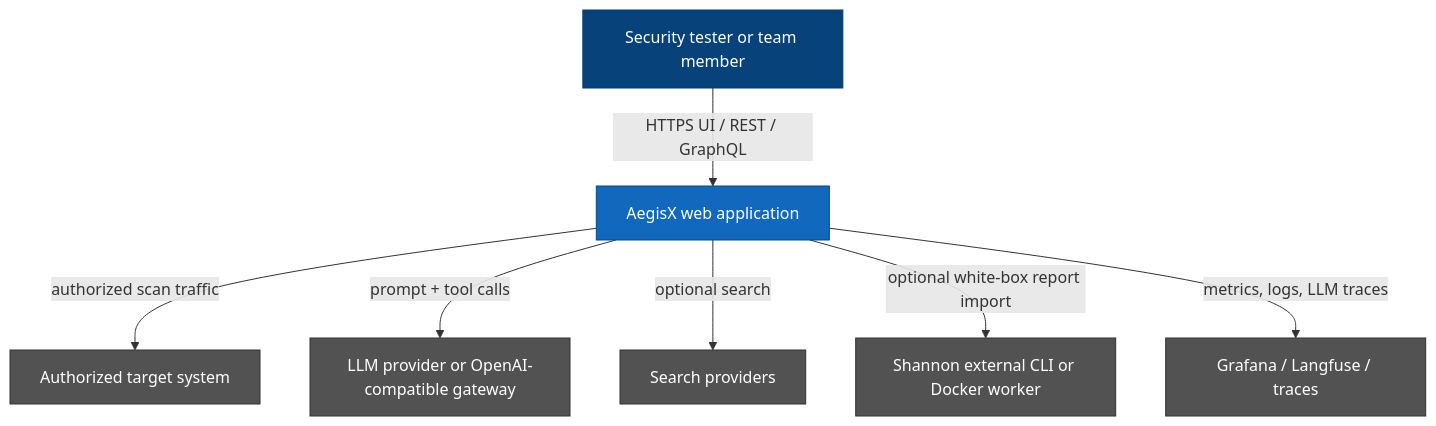
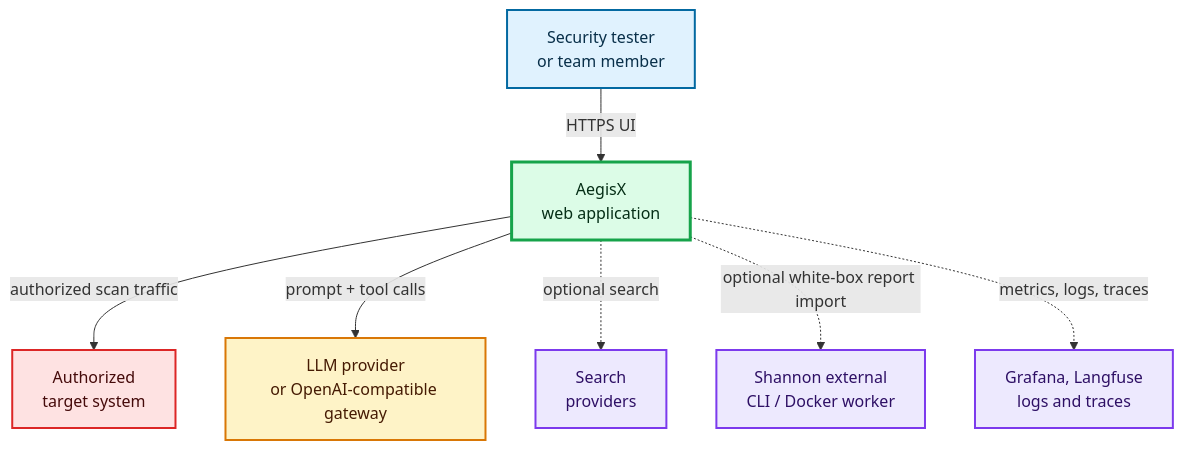
One commit to 2026OpenSourceSW/AegisX changed the first of 2 diagrams in README.md. Above: the diagram before and after it, drawn with Mermaid. The commit also changed other lines of this file, not shown here.

First line of the commit message:
docs(readme): improve architecture diagram readability

````diff
--- a/README.md
+++ b/README.md
@@ -97,25 +97,29 @@
 ```mermaid
 flowchart TB
-    classDef user fill:#08427b,stroke:#073b6f,color:#fff
-    classDef aegis fill:#1168bd,stroke:#0b4884,color:#fff
-    classDef external fill:#525252,stroke:#333,color:#fff
+    classDef userNode fill:#e0f2fe,stroke:#0369a1,stroke-width:2px,color:#082f49
+    classDef appNode fill:#dcfce7,stroke:#16a34a,stroke-width:3px,color:#052e16
+    classDef targetNode fill:#fee2e2,stroke:#dc2626,stroke-width:2px,color:#450a0a
+    classDef provider fill:#fef3c7,stroke:#d97706,stroke-width:2px,color:#451a03
+    classDef optional fill:#ede9fe,stroke:#7c3aed,stroke-width:2px,color:#2e1065
 
-    user["Security tester or team member"]
-    aegisx["AegisX web application"]
-    target["Authorized target system"]
-    llm["LLM provider or OpenAI-compatible gateway"]
-    search["Search providers"]
-    shannon["Shannon external CLI or Docker worker"]
-    observability["Grafana / Langfuse / traces"]
+    user["Security tester<br/>or team member"]
+    app["AegisX<br/>web application"]
+    target["Authorized<br/>target system"]
+    llm["LLM provider<br/>or OpenAI-compatible gateway"]
+    search["Search<br/>providers"]
+    shannon["Shannon external<br/>CLI / Docker worker"]
+    observability["Grafana, Langfuse<br/>logs and traces"]
 
-    user -->|"HTTPS UI / REST / GraphQL"| aegisx
-    aegisx -->|"authorized scan traffic"| target
-    aegisx -->|"prompt + tool calls"| llm
-    aegisx -->|"optional search"| search
-    aegisx -->|"optional white-box report import"| shannon
-    aegisx -->|"metrics, logs, LLM traces"| observability
+    user -->|"HTTPS UI"| app
+    app -->|"authorized scan traffic"| target
+    app -->|"prompt + tool calls"| llm
+    app -.->|"optional search"| search
+    app -.->|"optional white-box report import"| shannon
+    app -.->|"metrics, logs, traces"| observability
 
-    class user user
-    class aegisx aegis
-    class target,llm,search,shannon,observability external
+    class user userNode
+    class app appNode
+    class target targetNode
+    class llm provider
+    class search,shannon,observability optional
 ```
````
